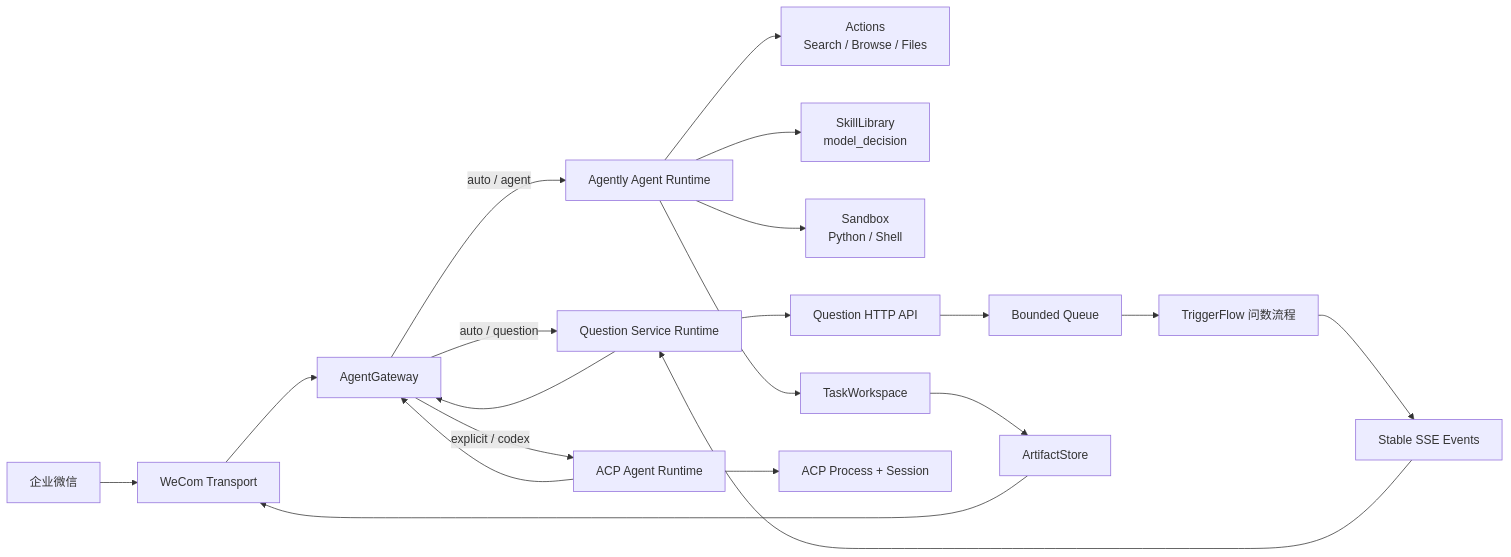
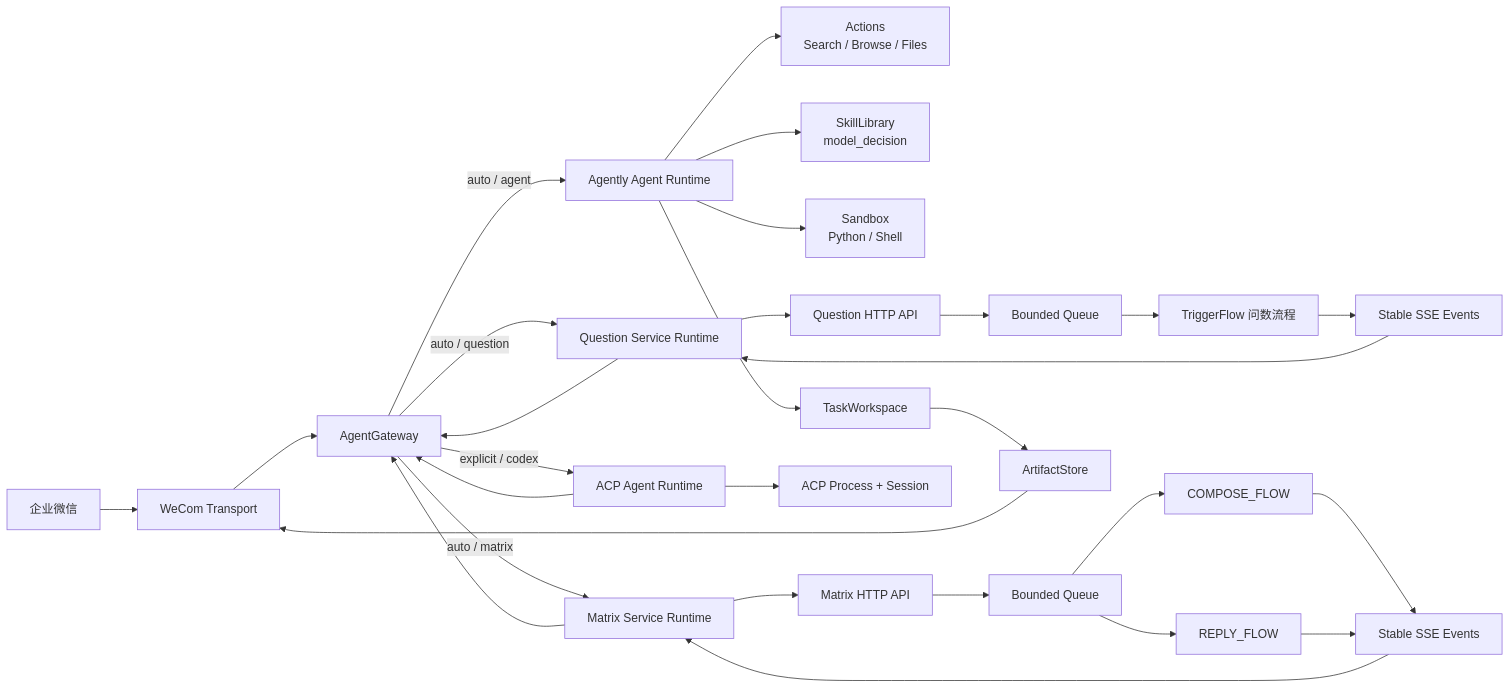
The diagram in ARCHITECTURE.md (jiafuzeng/social_media_agents), drawn with Mermaid before and after one commit. The commit also changed other lines of this file and 64 other files, not shown here.

````diff
--- a/ARCHITECTURE.md
+++ b/ARCHITECTURE.md
@@ -13,27 +14,37 @@
 ```mermaid
 flowchart LR
     IM["企业微信"] --> WT["WeCom Transport"]
     WT --> GW["AgentGateway"]
 
     GW -->|"auto / agent"| AR["Agently Agent Runtime"]
     GW -->|"auto / question"| QR["Question Service Runtime"]
+    GW -->|"auto / matrix"| MR["Matrix Service Runtime"]
     GW -->|"explicit / codex"| CR["ACP Agent Runtime"]
 
     AR --> ACT["Actions<br/>Search / Browse / Files"]
     AR --> SK["SkillLibrary<br/>model_decision"]
     AR --> SB["Sandbox<br/>Python / Shell"]
     AR --> TW["TaskWorkspace"]
 
     QR --> HTTP["Question HTTP API"]
     HTTP --> Q["Bounded Queue"]
     Q --> TF["TriggerFlow 问数流程"]
     TF --> SSE["Stable SSE Events"]
     SSE --> QR
 
+    MR --> MHTTP["Matrix HTTP API"]
+    MHTTP --> MQ["Bounded Queue"]
+    MQ --> CF["COMPOSE_FLOW"]
+    MQ --> RF["REPLY_FLOW"]
+    CF --> MSSE["Stable SSE Events"]
+    RF --> MSSE
+    MSSE --> MR
+
     CR --> ACP["ACP Process + Session"]
 
     TW --> AS["ArtifactStore"]
     AS --> WT
     QR --> GW
+    MR --> GW
     CR --> GW
 ```
````
